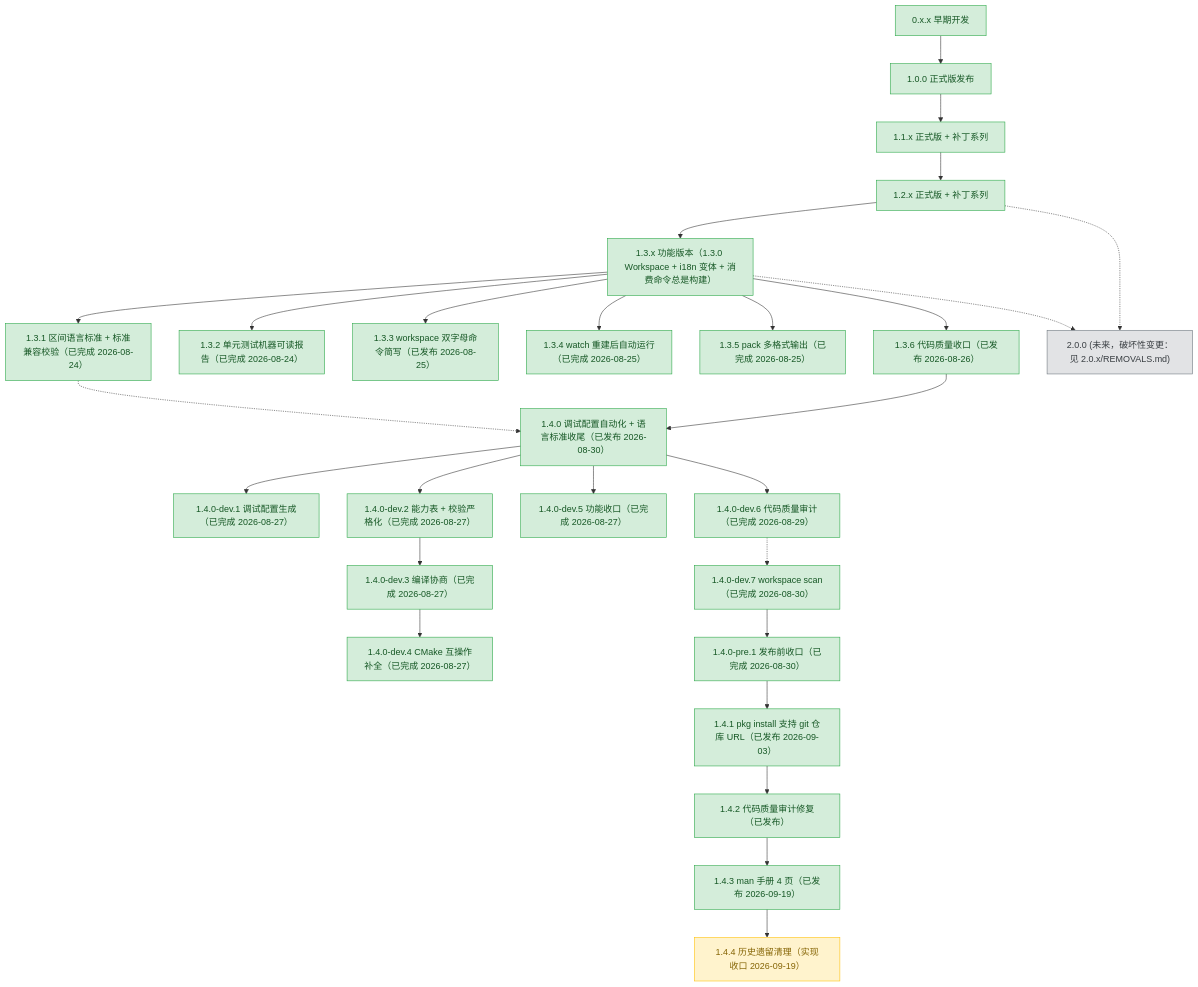
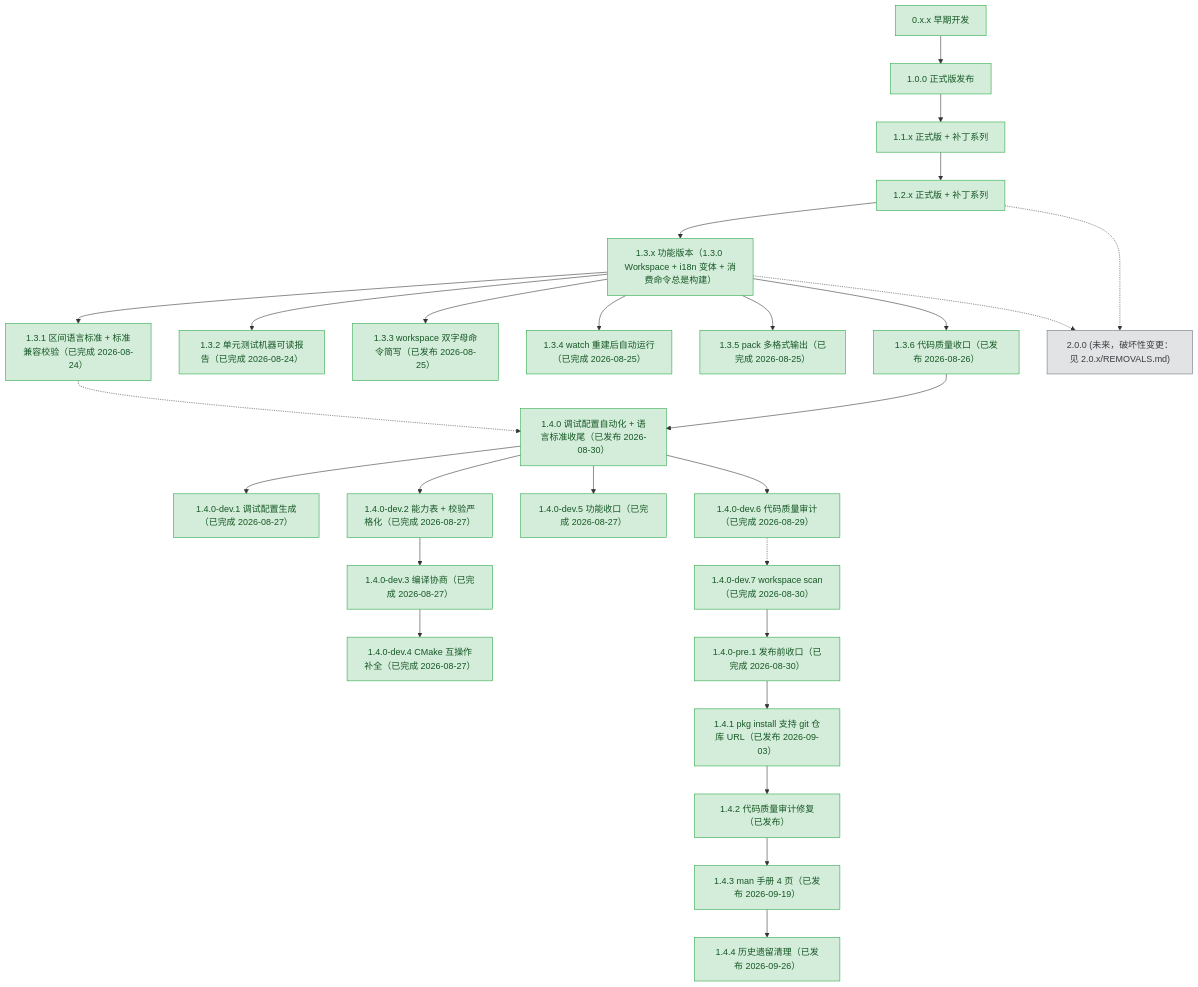
The diagram in plans/README.md (3667808244/EazyMake), drawn with Mermaid before and after one commit. The commit also changed other lines of this file and 10 other files, not shown here.

````diff
--- a/plans/README.md
+++ b/plans/README.md
@@ -95,7 +97,7 @@
     v141p["1.4.1 pkg install 支持 git 仓库 URL（已发布 2026-09-03）"]
     v142p["1.4.2 代码质量审计修复（已发布）"]
     v143p["1.4.3 man 手册 4 页（已发布 2026-09-19）"]
-    v144p["1.4.4 历史遗留清理（实现收口 2026-09-19）"]
+    v144p["1.4.4 历史遗留清理（已发布 2026-09-26）"]
     v200["2.0.0 (未来，破坏性变更：见 2.0.x/REMOVALS.md)"]
 
     v0xx --> v100
@@ -151,6 +153,6 @@
     class v141p done;
     class v142p done;
     class v143p done;
-    class v144p active;
+    class v144p done;
     class v200 todo;
 ```
````
